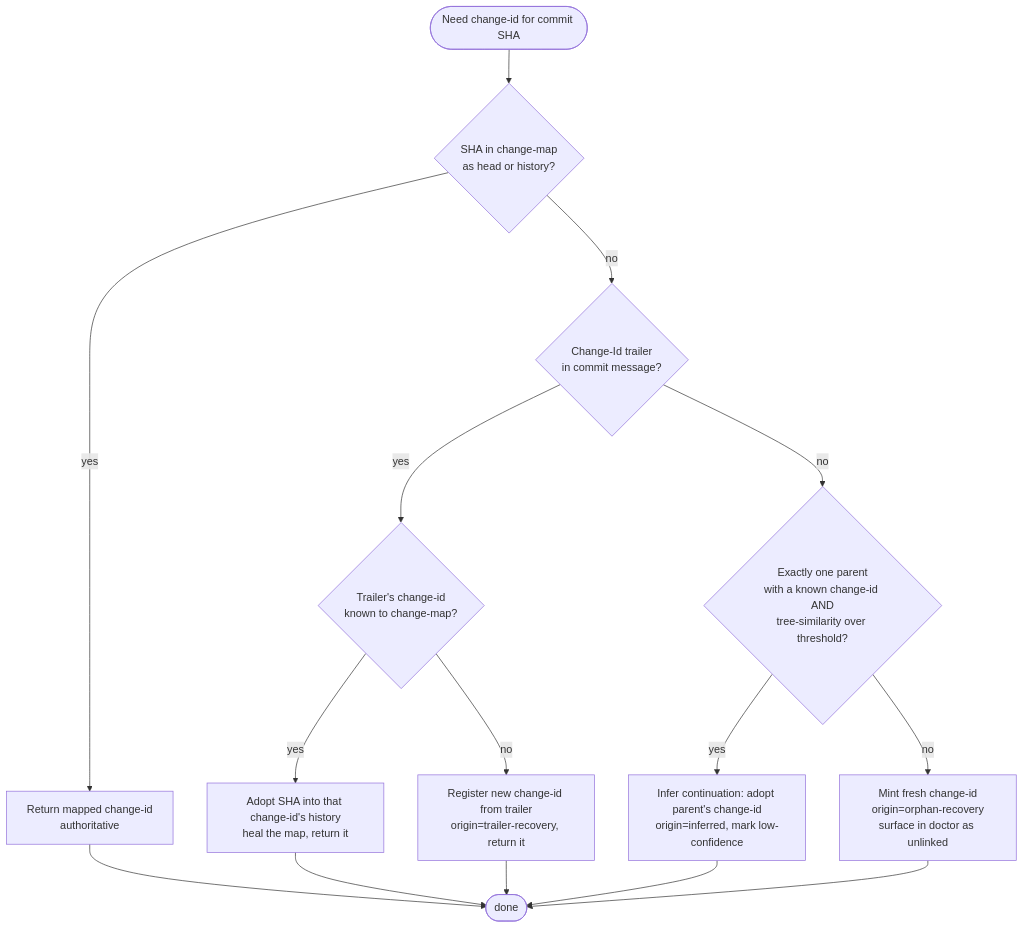
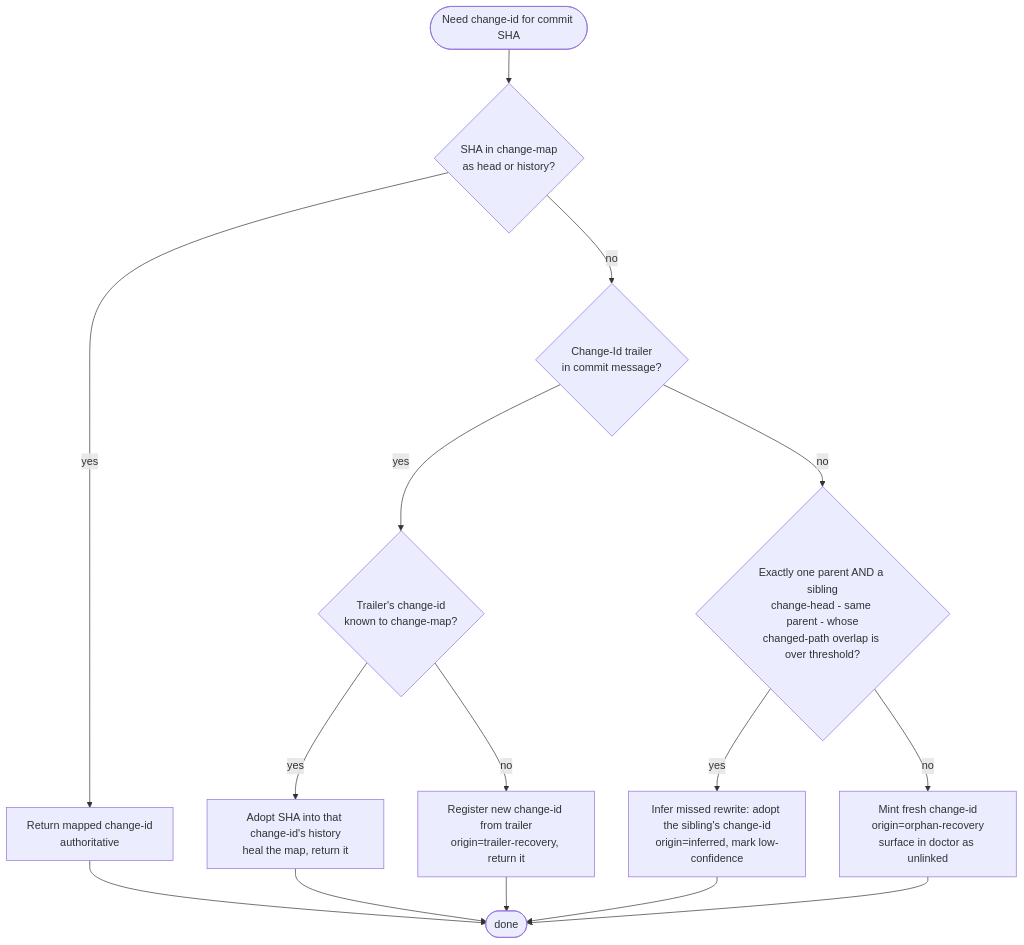
Before and after one commit to andrewcampkin/git-for-ai: the second of 4 diagrams in architecture/ARCHITECTURE.md, drawn with Mermaid. The commit also changed 2 other files, not shown here.

Commit message:
Fix R4: infer missed rewrites from sibling diff overlap, not tree similarity
D1 from PLAN_2026-07-18.md §1.2, proven by live dogfood data (8e25afb
and 7d4cd73 — unrelated commits — glued into one change). The old
signal was wrong on both axes: whole-tree similarity is ~1 for any
small commit in a non-tiny repo, and a CHILD commit is virtually never
the same logical change as its parent — rewrites (amend/reword/rebase)
produce SIBLINGS, not children.

R4 now models the actual missed-rewrite shape: the commit has one
parent P, some change's head is also a sole child of P, and the two
commits' changed-path sets (each diffed against P) overlap >= 0.6
Jaccard (was: 0.7 whole-tree). Best-overlap candidate wins; folded
entries are skipped; heads missing from the repo just don't match.

Tests: rewritten R4 suite — hooks-missed amend infers correctly; a
below-threshold sibling mints fresh; and a regression test encoding
the exact D1 misfire (trailerless child of a known commit) now
asserting R5. ARCHITECTURE.md §7.3 flowchart updated to match.

The two miswired dogfood entries are repaired separately via relink
(next W1 item).

````diff
--- a/architecture/ARCHITECTURE.md
+++ b/architecture/ARCHITECTURE.md
@@ -398,17 +398,17 @@
 ```mermaid
 flowchart TD
     START([Need change-id for commit SHA]) --> Q1{SHA in change-map<br/>as head or history?}
     Q1 -->|yes| R1[Return mapped change-id<br/>authoritative]
     Q1 -->|no| Q2{Change-Id trailer<br/>in commit message?}
     Q2 -->|yes| Q3{Trailer's change-id<br/>known to change-map?}
     Q3 -->|yes| R2[Adopt SHA into that change-id's history<br/>heal the map, return it]
     Q3 -->|no| R3[Register new change-id from trailer<br/>origin=trailer-recovery, return it]
-    Q2 -->|no| Q4{Exactly one parent<br/>with a known change-id AND<br/>tree-similarity over threshold?}
-    Q4 -->|yes| R4[Infer continuation: adopt parent's change-id<br/>origin=inferred, mark low-confidence]
+    Q2 -->|no| Q4{Exactly one parent AND a sibling<br/>change-head - same parent - whose<br/>changed-path overlap is over threshold?}
+    Q4 -->|yes| R4[Infer missed rewrite: adopt the sibling's change-id<br/>origin=inferred, mark low-confidence]
     Q4 -->|no| R5[Mint fresh change-id<br/>origin=orphan-recovery<br/>surface in doctor as unlinked]
     R1 --> DONE([done])
     R2 --> DONE
     R3 --> DONE
     R4 --> DONE
     R5 --> DONE
 ```
````
